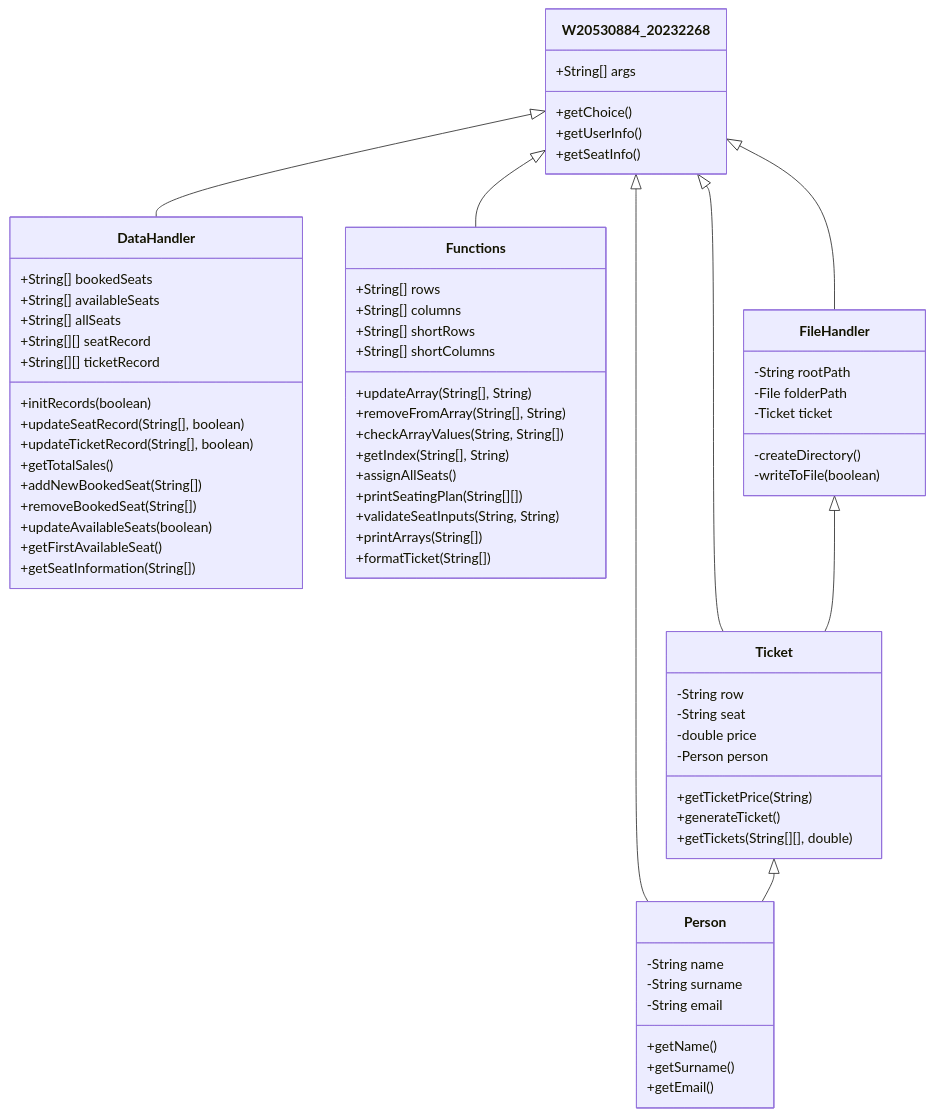
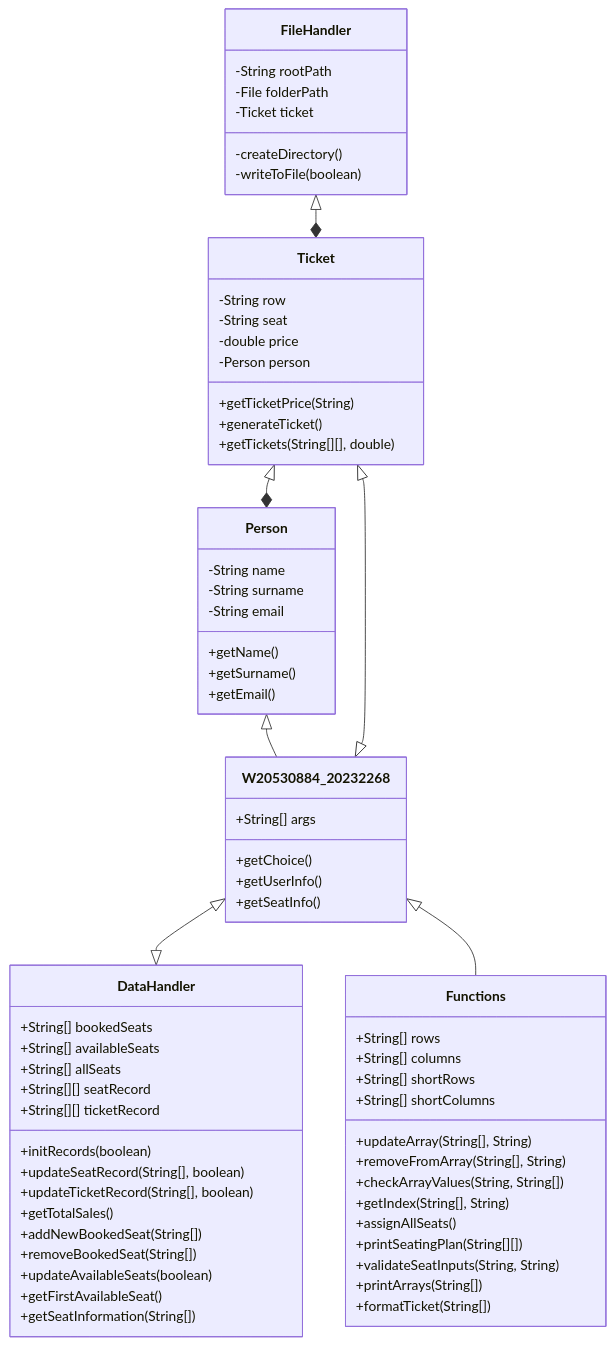
Before and after one commit to anuja-rahul/booking-app-javaCW: the diagram in README.md, drawn with Mermaid.

Commit message:
changes to class diagram

````diff
--- a/README.md
+++ b/README.md
@@ -37,76 +37,76 @@
 ```mermaid
 
 classDiagram
-  W20530884_20232268 <|-- DataHandler
+  W20530884_20232268 <|--|> DataHandler
   W20530884_20232268 <|-- Functions
-  W20530884_20232268 <|-- FileHandler
-  W20530884_20232268 <|-- Person
-  W20530884_20232268 <|-- Ticket
-  Ticket <|-- Person
-  FileHandler <|-- Ticket
+
+  Person <|-- W20530884_20232268
+  Ticket <|--|> W20530884_20232268
+  Ticket <|--* Person
+  FileHandler <|--* Ticket
 
   W20530884_20232268 : +String[] args
   W20530884_20232268: +getChoice()
   W20530884_20232268: +getUserInfo()
   W20530884_20232268: +getSeatInfo()
   class DataHandler{
     +String[] bookedSeats
     +String[] availableSeats
     +String[] allSeats
     +String[][] seatRecord
     +String[][] ticketRecord
     +initRecords(boolean)
     +updateSeatRecord(String[], boolean)
     +updateTicketRecord(String[], boolean)
     +getTotalSales()
     +addNewBookedSeat(String[])
     +removeBookedSeat(String[])
     +updateAvailableSeats(boolean)
     +getFirstAvailableSeat()
     +getSeatInformation(String[])
   }
 
   class FileHandler{
     -String rootPath
     -File folderPath
     -Ticket ticket
     -createDirectory()
     -writeToFile(boolean)
   }
 
   class Ticket{
     -String row
     -String seat
     -double price
     -Person person
     +getTicketPrice(String)
     +generateTicket()
     +getTickets(String[][], double)
   }
 
   class Person{
     -String name
     -String surname
     -String email
     +getName()
     +getSurname()
     +getEmail()
   }
 
   class Functions{
     +String[] rows
     +String[] columns
     +String[] shortRows
     +String[] shortColumns
     +updateArray(String[], String)
     +removeFromArray(String[], String)
     +checkArrayValues(String, String[])
     +getIndex(String[], String)
     +assignAllSeats()
     +printSeatingPlan(String[][])
     +validateSeatInputs(String, String)
     +printArrays(String[])
     +formatTicket(String[])
   }
 
 ```
````
